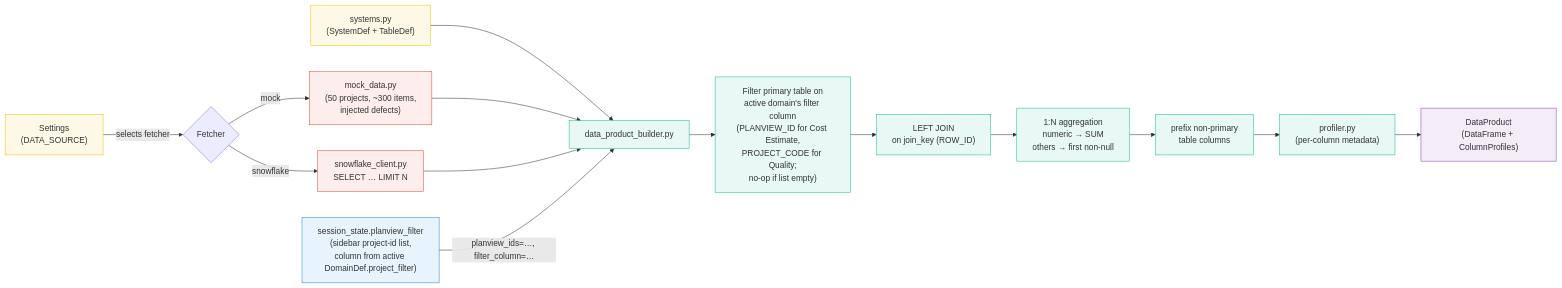
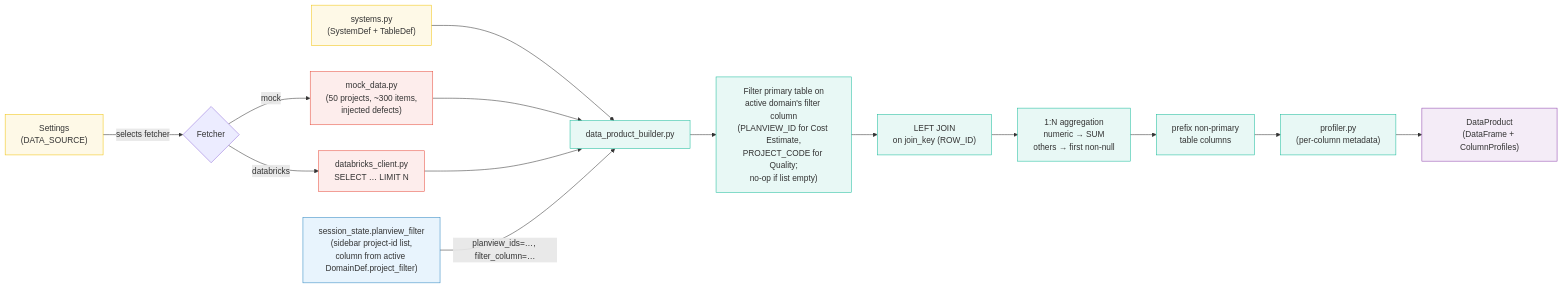
One commit to guimesi/data-quality-scorecard changed the second of 5 diagrams in documents/BLOCK_DIAGRAM.md. Above: the diagram before and after it, drawn with Mermaid. The commit also changed other lines of this file and 60 other files, not shown here.

First line of the commit message:
Migrate the app from Snowflake to Databricks Apps

````diff
--- a/documents/BLOCK_DIAGRAM.md
+++ b/documents/BLOCK_DIAGRAM.md
@@ -207,30 +207,30 @@
 ```mermaid
 flowchart LR
     SET["Settings<br/>(DATA_SOURCE)"] -->|"selects fetcher"| FETCH{Fetcher}
     FETCH -->|"mock"| MOCK["mock_data.py<br/>(50 projects, ~300 items,<br/>injected defects)"]
-    FETCH -->|"snowflake"| SF["snowflake_client.py<br/>SELECT … LIMIT N"]
+    FETCH -->|"databricks"| SF["databricks_client.py<br/>SELECT … LIMIT N"]
 
     SYS["systems.py<br/>(SystemDef + TableDef)"] --> DPB["data_product_builder.py"]
     MOCK --> DPB
     SF --> DPB
     PVF["session_state.planview_filter<br/>(sidebar project-id list,<br/>column from active DomainDef.project_filter)"] -->|"planview_ids=…, filter_column=…"| DPB
 
     DPB --> PFLT["Filter primary table on<br/>active domain's filter column<br/>(PLANVIEW_ID for Cost Estimate,<br/>PROJECT_CODE for Quality;<br/>no-op if list empty)"]
     PFLT --> JOIN["LEFT JOIN<br/>on join_key (ROW_ID)"]
     JOIN --> AGG["1:N aggregation<br/>numeric → SUM<br/>others → first non-null"]
     AGG --> PFX["prefix non-primary<br/>table columns"]
     PFX --> PROF["profiler.py<br/>(per-column metadata)"]
     PROF --> DP["DataProduct<br/>(DataFrame + ColumnProfiles)"]
 
     classDef cfg fill:#FEF9E7,stroke:#F1C40F
     classDef src fill:#FDEDEC,stroke:#E74C3C
     classDef core fill:#E8F8F5,stroke:#1ABC9C
     classDef out fill:#F4ECF7,stroke:#8E44AD
     classDef state fill:#E8F4FD,stroke:#2E86C1
 
     class SET,SYS cfg
     class MOCK,SF src
     class DPB,PFLT,JOIN,AGG,PFX,PROF core
     class DP out
     class PVF state
 ```
````
